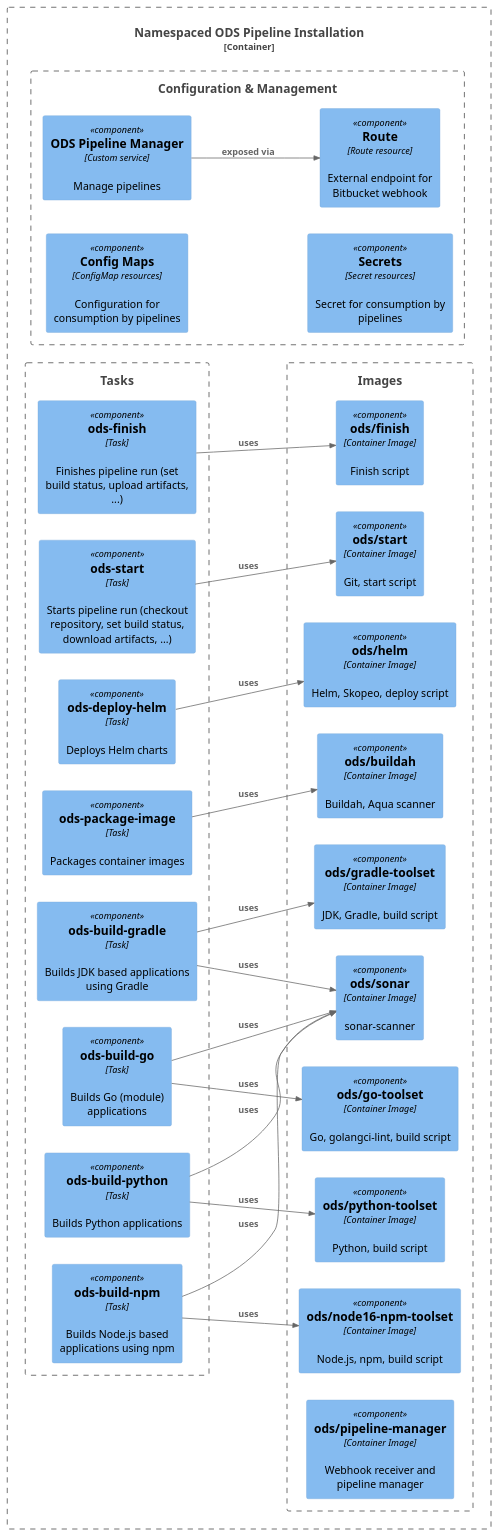
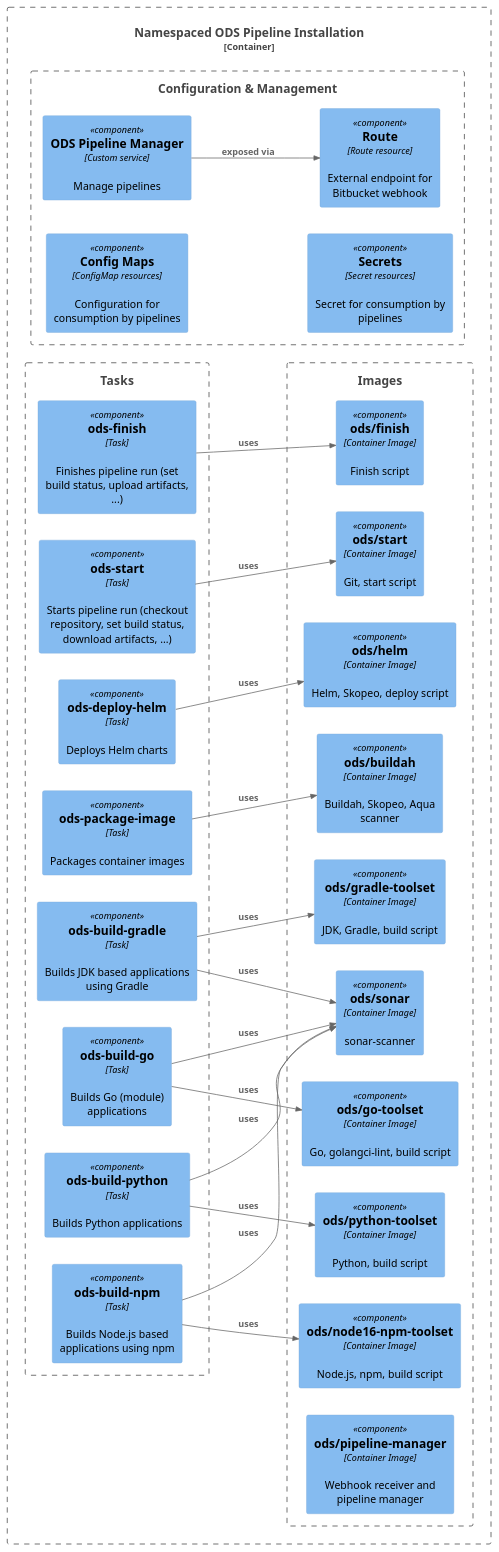
Before and after one commit to opendevstack/ods-pipeline: the diagram in docs/architecture/component-namespaced-installation.puml, drawn with PlantUML. The commit also changed 4 other files, not shown here.

Commit message:
update architecture, design and task docs

```diff
--- a/docs/architecture/component-namespaced-installation.puml
+++ b/docs/architecture/component-namespaced-installation.puml
@@ -1,68 +1,68 @@
 @startuml "namespaced-installation"
 !include https://raw.githubusercontent.com/plantuml-stdlib/C4-PlantUML/master/C4.puml
 !include https://raw.githubusercontent.com/plantuml-stdlib/C4-PlantUML/master/C4_Container.puml
 !include https://raw.githubusercontent.com/plantuml-stdlib/C4-PlantUML/master/C4_Component.puml
 ' uncomment the following line and comment the first to use locally
 ' !include C4_Container.puml
 
 LAYOUT_LEFT_RIGHT()
 
 Container_Boundary(c1, "Namespaced ODS Pipeline Installation"){
     Boundary(config, "Configuration & Management") {
         Component(route, "Route", "Route resource", "External endpoint for Bitbucket webhook")
         Component(ods_pipeline_manager, "ODS Pipeline Manager", "Custom service", "Manage pipelines")
         Component(config_maps, "Config Maps", "ConfigMap resources", "Configuration for consumption by pipelines")
         Component(secrets, "Secrets", "Secret resources", "Secret for consumption by pipelines")
     }
 
     Boundary(tasks, "Tasks") {
         Component(task_build_go, "ods-build-go", "Task", "Builds Go (module) applications")
         Component(task_build_npm, "ods-build-npm", "Task", "Builds Node.js based applications using npm")
         Component(task_build_python, "ods-build-python", "Task", "Builds Python applications")
         Component(task_build_gradle, "ods-build-gradle", "Task", "Builds JDK based applications using Gradle")
         Component(task_package_image, "ods-package-image", "Task", "Packages container images")
         Component(task_deploy_helm, "ods-deploy-helm", "Task", "Deploys Helm charts")
         Component(task_start, "ods-start", "Task", "Starts pipeline run (checkout repository, set build status, download artifacts, ...)")
         Component(task_finish, "ods-finish", "Task", "Finishes pipeline run (set build status, upload artifacts, ...)")
     }
 
     Boundary(images, "Images") {
         Component(image_go_toolset, "ods/go-toolset", "Container Image", "Go, golangci-lint, build script")
         Component(image_node16_npm_toolset, "ods/node16-npm-toolset", "Container Image", "Node.js, npm, build script")
         Component(image_python_toolset, "ods/python-toolset", "Container Image", "Python, build script")
         Component(image_gradle_toolset, "ods/gradle-toolset", "Container Image", "JDK, Gradle, build script")
-        Component(image_buildah, "ods/buildah", "Container Image", "Buildah, Aqua scanner")
+        Component(image_buildah, "ods/buildah", "Container Image", "Buildah, Skopeo, Aqua scanner")
         Component(image_helm, "ods/helm", "Container Image", "Helm, Skopeo, deploy script")
         Component(image_start, "ods/start", "Container Image", "Git, start script")
         Component(image_finish, "ods/finish", "Container Image", "Finish script")
         Component(image_sonar, "ods/sonar", "Container Image", "sonar-scanner")
         Component(image_pipeline_manager, "ods/pipeline-manager", "Container Image", "Webhook receiver and pipeline manager")
     }
 
 }
 
 Rel(task_build_go, image_go_toolset, "uses")
 Rel(task_build_go, image_sonar, "uses")
 
 Rel(task_build_npm, image_node16_npm_toolset, "uses")
 Rel(task_build_npm, image_sonar, "uses")
 
 Rel(task_build_python, image_python_toolset, "uses")
 Rel(task_build_python, image_sonar, "uses")
 
 Rel(task_build_gradle, image_gradle_toolset, "uses")
 Rel(task_build_gradle, image_sonar, "uses")
 
 Rel(task_package_image, image_buildah, "uses")
 
 Rel(task_deploy_helm, image_helm, "uses")
 
 Rel(task_start, image_start, "uses")
 
 Rel(task_finish, image_finish, "uses")
 
 Rel(ods_pipeline_manager, route, "exposed via")
 
 config_maps -[hidden]- secrets
 
 @enduml
```
